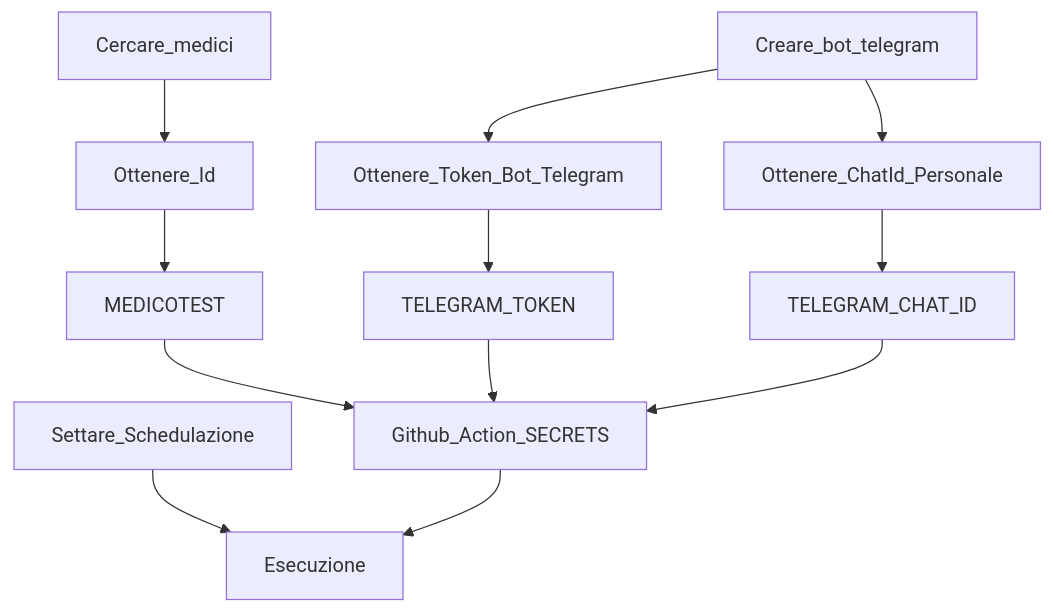
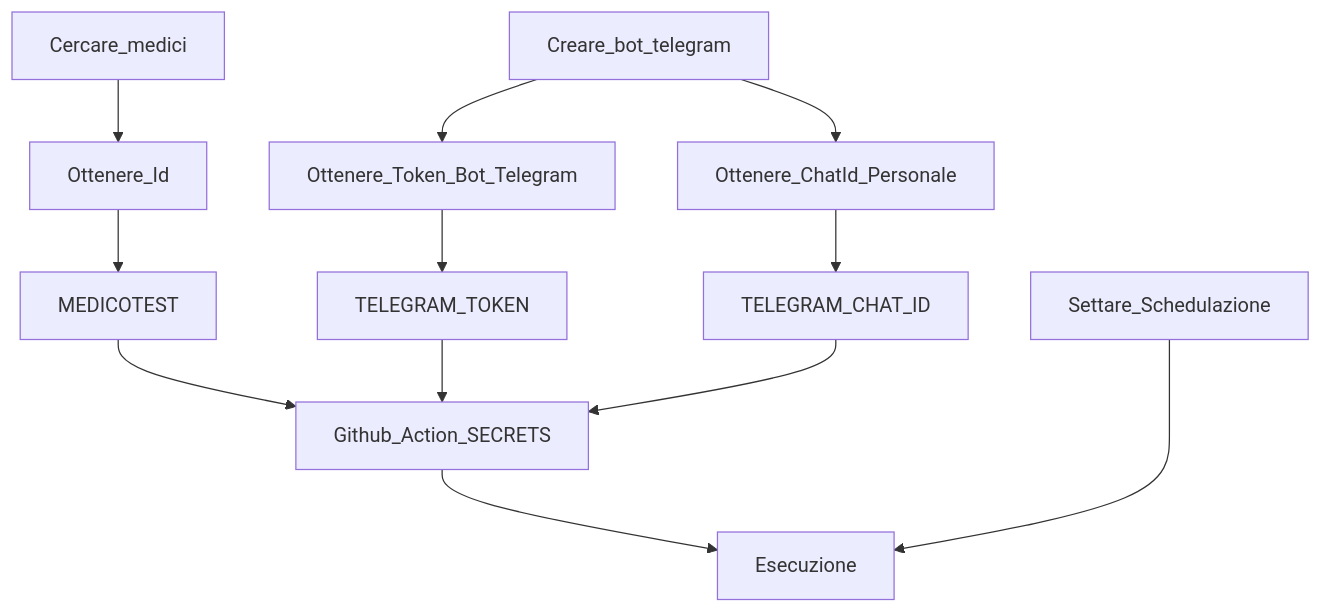
Before and after one commit to GiacomoGeko/Disponibilita-medico-di-base_ULSS_Veneto: the diagram in README.md, drawn with Mermaid.

````diff
--- a/README.md
+++ b/README.md
@@ -17,14 +17,15 @@
 ``` mermaid
 graph TD
 
 Cercare_medici --> Ottenere_Id --> MEDICOTEST
 Creare_bot_telegram --> Ottenere_Token_Bot_Telegram --> TELEGRAM_TOKEN
 Creare_bot_telegram --> Ottenere_ChatId_Personale --> TELEGRAM_CHAT_ID
 
 MEDICOTEST --> Github_Action_SECRETS
 TELEGRAM_TOKEN --> Github_Action_SECRETS
 TELEGRAM_CHAT_ID --> Github_Action_SECRETS
 
-Settare_Schedulazione --> Esecuzione
+
 Github_Action_SECRETS --> Esecuzione
+Settare_Schedulazione ---> Esecuzione
 ```
````
